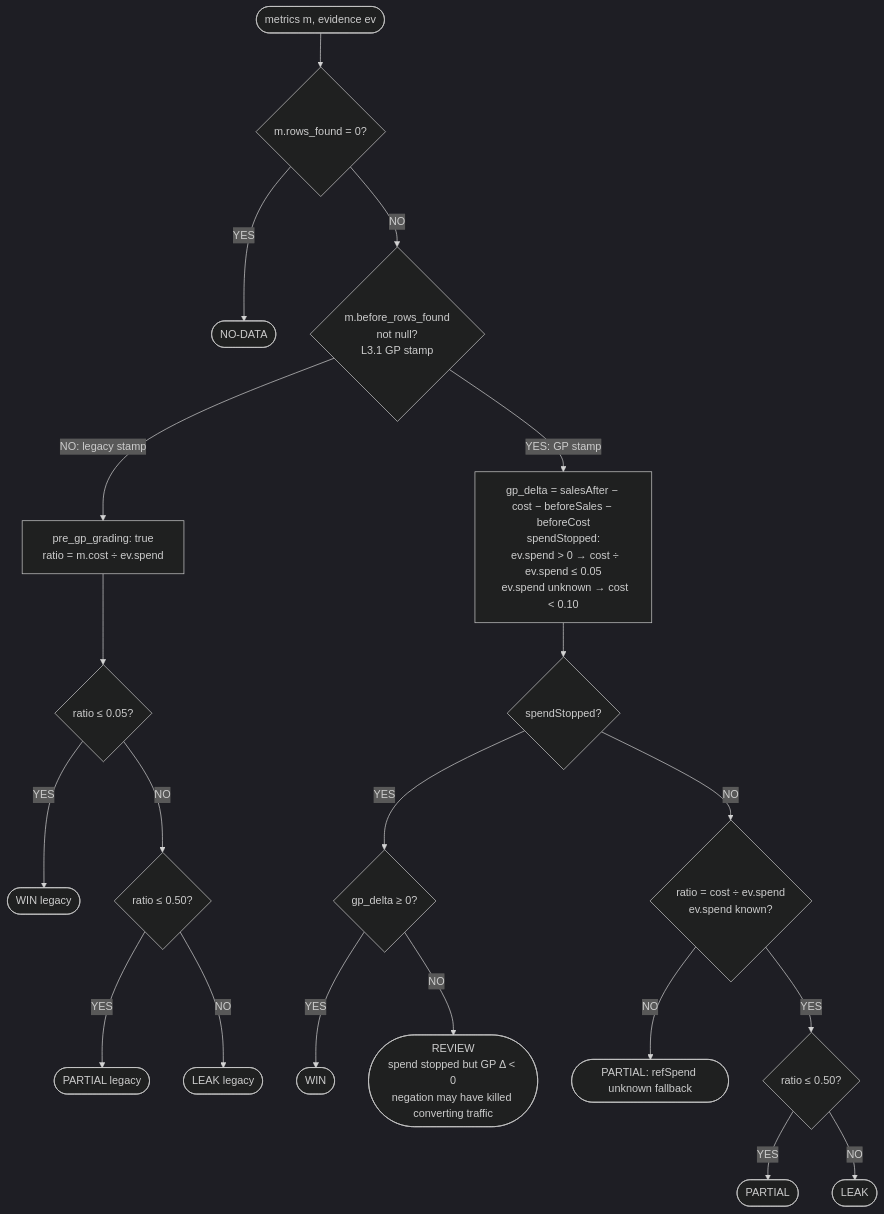
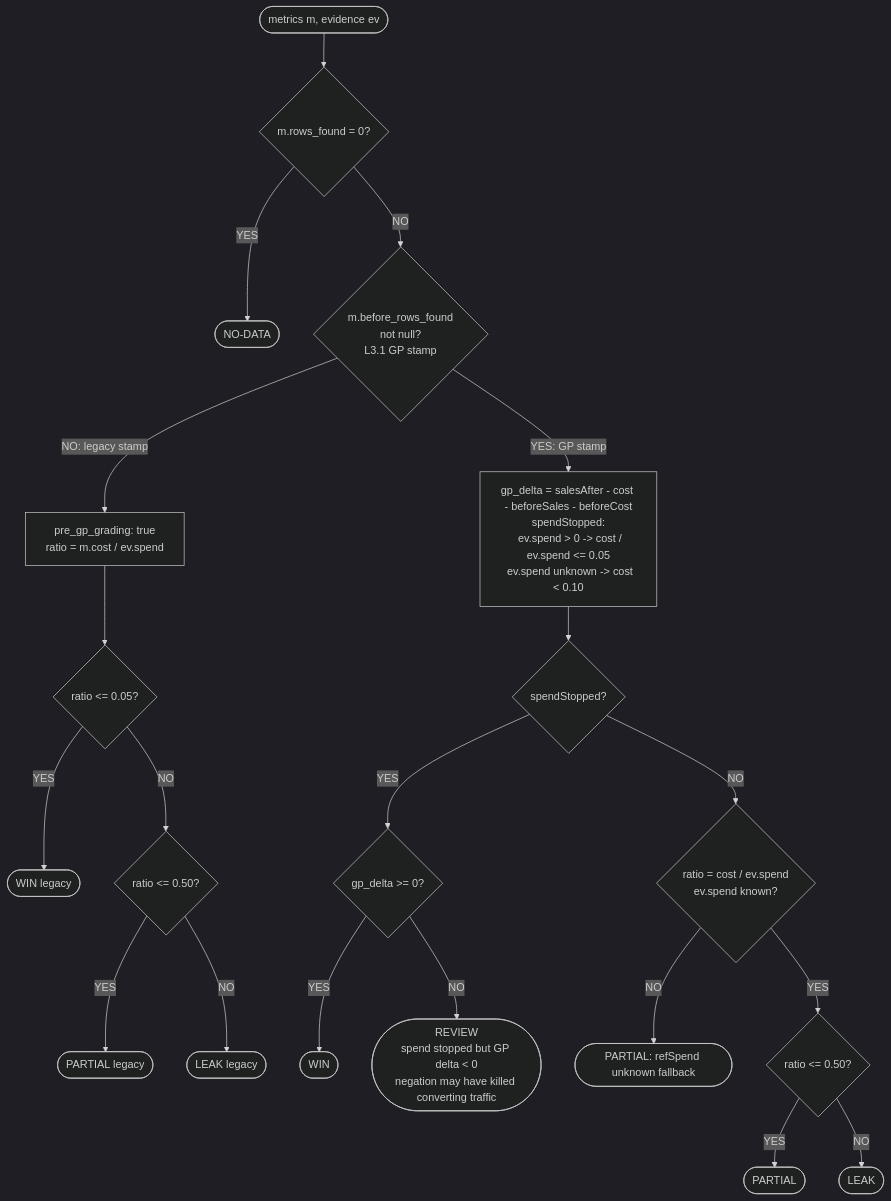
Before and after one commit to ChristianHultner/cdl-ads: the seventh of 9 diagrams in docs/doctrine.md, drawn with Mermaid (dark theme). The commit also changed other lines of this file and 1 other file, not shown here.

Commit message:
engine page: mermaid label repair + doctrine date

````diff
--- a/docs/doctrine.md
+++ b/docs/doctrine.md
@@ -249,22 +251,22 @@
 ```mermaid
 flowchart TD
     A([metrics m, evidence ev]) --> B{m.rows_found = 0?}
     B -- YES --> NODATA([NO-DATA])
     B -- NO --> C{m.before_rows_found\nnot null?\nL3.1 GP stamp}
-    C -- NO: legacy stamp --> D[pre_gp_grading: true\nratio = m.cost ÷ ev.spend]
-    D --> D1{ratio ≤ 0.05?}
+    C -- NO: legacy stamp --> D[pre_gp_grading: true\nratio = m.cost / ev.spend]
+    D --> D1{ratio <= 0.05?}
     D1 -- YES --> WL([WIN legacy])
-    D1 -- NO --> D2{ratio ≤ 0.50?}
+    D1 -- NO --> D2{ratio <= 0.50?}
     D2 -- YES --> PL([PARTIAL legacy])
     D2 -- NO --> LL([LEAK legacy])
-    C -- YES: GP stamp --> E[gp_delta = salesAfter − cost − beforeSales − beforeCost\nspendStopped:\n  ev.spend > 0 → cost ÷ ev.spend ≤ 0.05\n  ev.spend unknown → cost < 0.10]
+    C -- YES: GP stamp --> E[gp_delta = salesAfter - cost - beforeSales - beforeCost\nspendStopped:\n  ev.spend > 0 -> cost / ev.spend <= 0.05\n  ev.spend unknown -> cost < 0.10]
     E --> F{spendStopped?}
-    F -- YES --> G{gp_delta ≥ 0?}
+    F -- YES --> G{gp_delta >= 0?}
     G -- YES --> WIN([WIN])
-    G -- NO --> REVIEW([REVIEW\nspend stopped but GP Δ < 0\nnegation may have killed converting traffic])
-    F -- NO --> H{ratio = cost ÷ ev.spend\nev.spend known?}
+    G -- NO --> REVIEW([REVIEW\nspend stopped but GP delta < 0\nnegation may have killed converting traffic])
+    F -- NO --> H{ratio = cost / ev.spend\nev.spend known?}
     H -- NO --> PARTIAL_FB([PARTIAL: refSpend unknown fallback])
-    H -- YES --> H2{ratio ≤ 0.50?}
+    H -- YES --> H2{ratio <= 0.50?}
     H2 -- YES --> PARTIAL([PARTIAL])
     H2 -- NO --> LEAK([LEAK])
 ```
````
